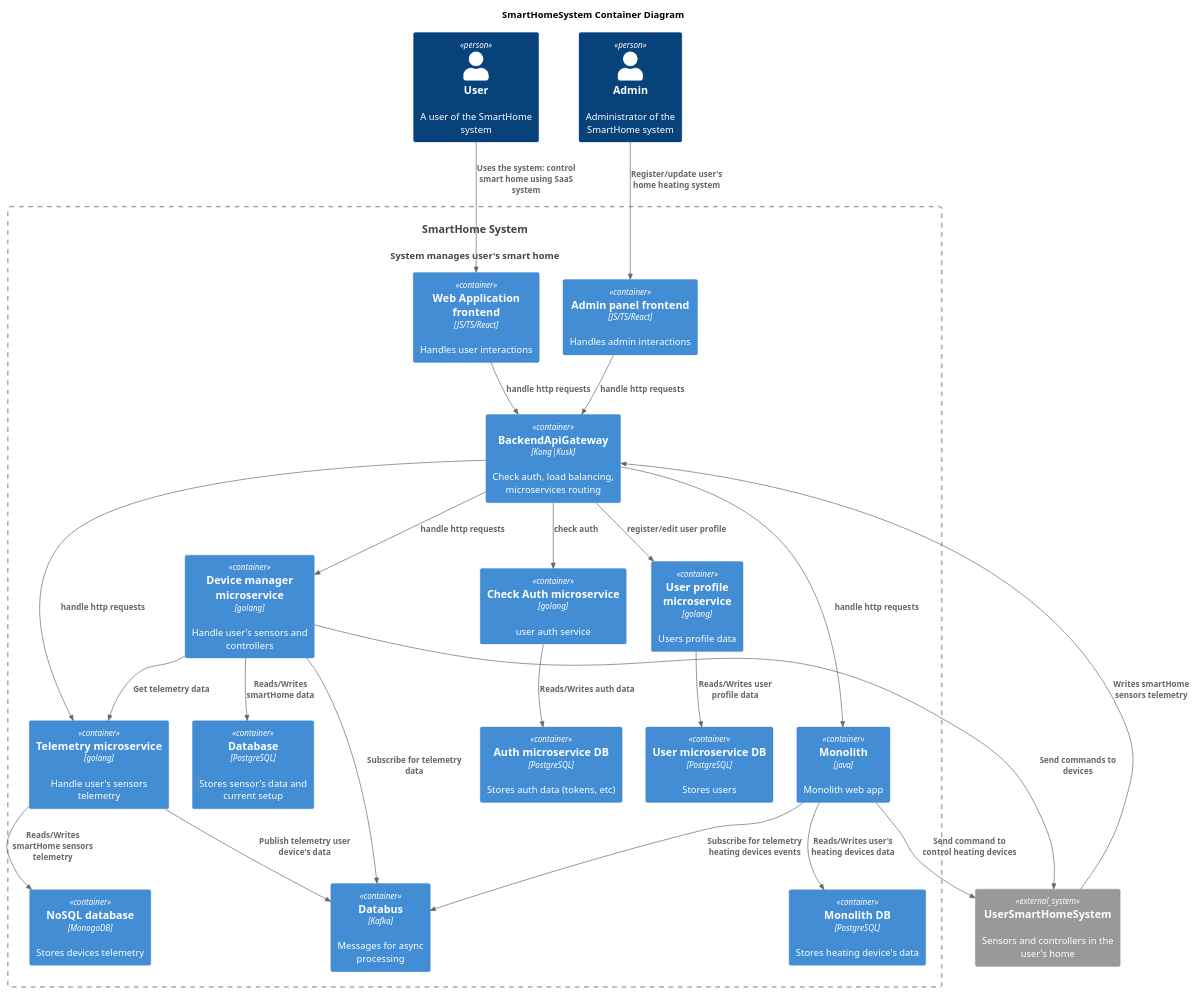
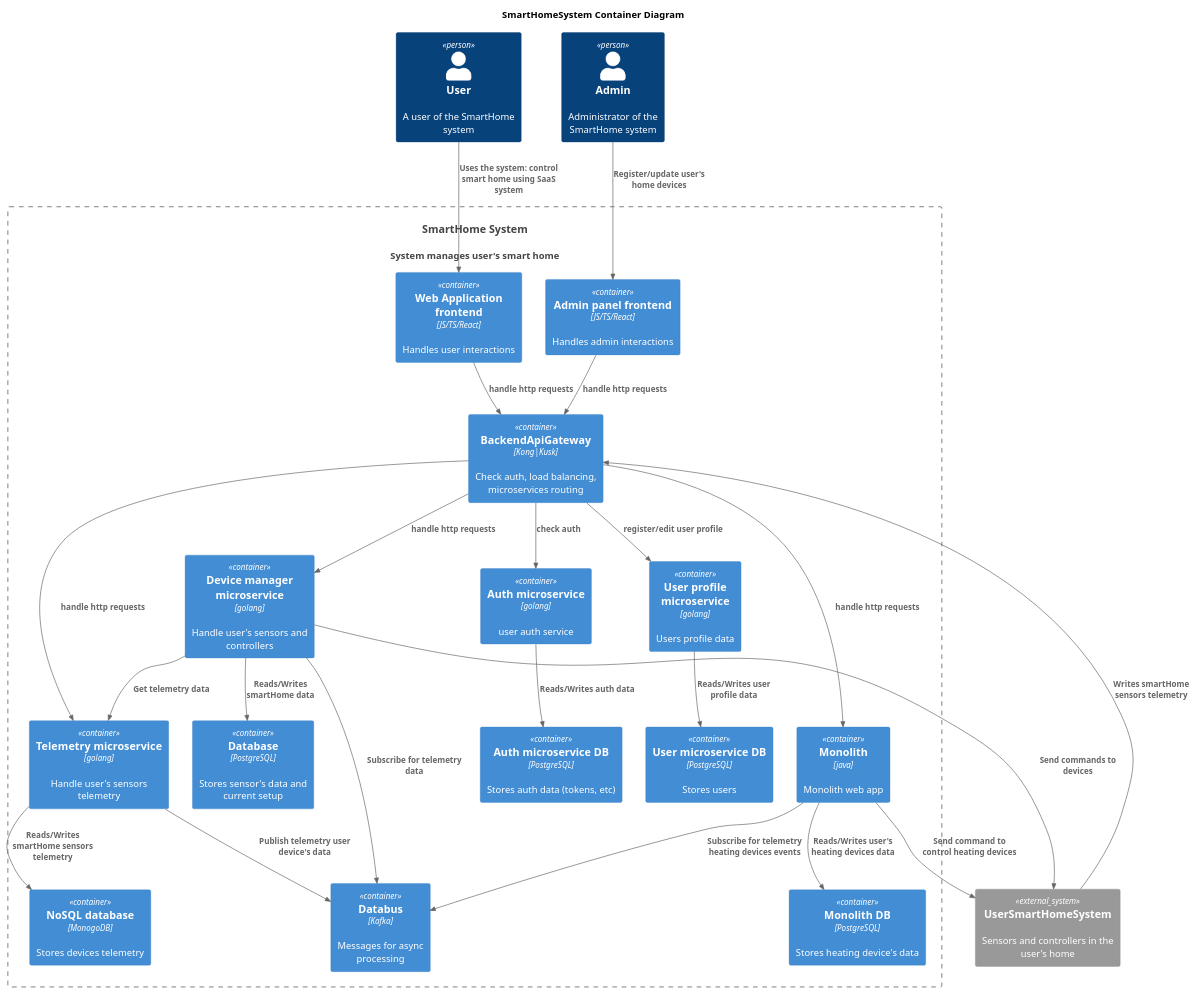
One commit to misikch/ya-practicum-arch-sprint-3 changed the diagram in docs/tobe/Container.puml. Above: the diagram before and after it, drawn with PlantUML. The commit also changed 14 other files, not shown here.

```diff
--- a/docs/tobe/Container.puml
+++ b/docs/tobe/Container.puml
@@ -1,75 +1,76 @@
 @startuml
 title SmartHomeSystem Container Diagram
 
 top to bottom direction
 
 
-!include ./C4_Container.puml
+'!include ./C4_Container.puml
+!include https://raw.githubusercontent.com/plantuml-stdlib/C4-PlantUML/master/C4_Container.puml
 
 Person(user, "User", "A user of the SmartHome system")
 Person(admin, "Admin", "Administrator of the SmartHome system")
 System(SmartHomeSystem, "SmartHome System", "System manages user's smart home")
 
 Container_Boundary(SmartHomeSystem, "SmartHome System") {
     Container(UserFrontend, "Web Application frontend", "JS/TS/React", "Handles user interactions")
     Container(AdminFrontend, "Admin panel frontend", "JS/TS/React", "Handles admin interactions")
     Container(ApiGateway, "BackendApiGateway", "Kong|Kusk", "Check auth, load balancing, microservices routing")
     Container(ApiGateway, "BackendApiGateway", "Kong|Kusk", "Check auth, load balancing, microservices routing")
 
     together {
         together {
             Container(DeviceManager, "Device manager microservice", "golang", "Handle user's sensors and controllers")
             Container(Database, "Database", "PostgreSQL", "Stores sensor's data and current setup")
         }
         together {
             Container(Telemetry, "Telemetry microservice", "golang", "Handle user's sensors telemetry")
             Container(DatabaseTelemetry, "NoSQL database", "MonogoDB", "Stores devices telemetry")
         }
     }
 
     together {
-        Container(AuthService, "Check Auth microservice", "golang", "user auth service")
+        Container(AuthService, "Auth microservice", "golang", "user auth service")
         Container(AuthServiceDatabase, "Auth microservice DB", "PostgreSQL", "Stores auth data (tokens, etc)")
     }
 
     together {
         Container(UserProfileService, "User profile microservice", "golang", "Users profile data")
         Container(UserProfileServiceDatabase, "User microservice DB", "PostgreSQL", "Stores users")
     }
 
         together {
             Container(Monolith, "Monolith", "java", "Monolith web app")
             Container(MonolithDatabase, "Monolith DB", "PostgreSQL", "Stores heating device's data")
         }
 
     Container(Databus, "Databus", "Kafka", "Messages for async processing")
 }
 
 System_Ext(usersHome, "UserSmartHomeSystem", "Sensors and controllers in the user's home")
 
 Rel(user, UserFrontend, "Uses the system: control smart home using SaaS system")
-Rel(admin, AdminFrontend,"Register/update user's home heating system")
+Rel(admin, AdminFrontend,"Register/update user's home devices")
 Rel(UserFrontend, ApiGateway, "handle http requests")
 Rel(AdminFrontend, ApiGateway, "handle http requests")
 Rel(ApiGateway, Telemetry, "handle http requests")
 Rel(ApiGateway, DeviceManager, "handle http requests")
 Rel(ApiGateway, AuthService, "check auth")
 Rel(ApiGateway, UserProfileService, "register/edit user profile")
 Rel(ApiGateway, Monolith, "handle http requests")
 Rel(DeviceManager,Telemetry,"Get telemetry data")
 Rel(DeviceManager,Databus,"Subscribe for telemetry data")
 Rel(Telemetry,Databus,"Publish telemetry user device's data")
 Rel(DeviceManager,Database,"Reads/Writes smartHome data")
 Rel(Telemetry,DatabaseTelemetry,"Reads/Writes smartHome sensors telemetry")
 Rel(AuthService, AuthServiceDatabase, "Reads/Writes auth data")
 Rel(UserProfileService, UserProfileServiceDatabase, "Reads/Writes user profile data")
 Rel(Monolith, MonolithDatabase, "Reads/Writes user's heating devices data")
 Rel(Monolith, Databus, "Subscribe for telemetry heating devices events")
 Rel(Monolith, usersHome, "Send command to control heating devices")
 Rel(DeviceManager, usersHome, "Send commands to devices")
 Rel(usersHome,ApiGateway,"Writes smartHome sensors telemetry")
 
 Monolith -[hidden]down- usersHome
 DeviceManager -[hidden]right- Telemetry
 ApiGateway -[hidden]down- Telemetry
 @enduml
```
